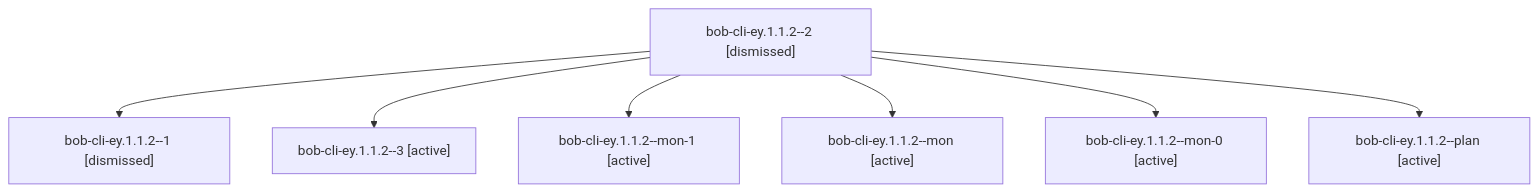
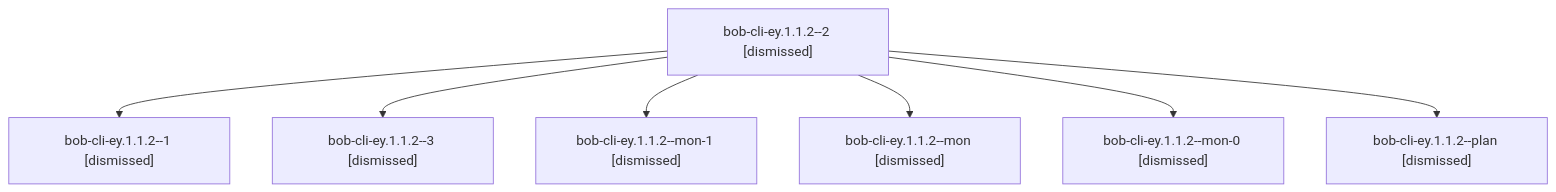
One commit to bobs-org/bob-cli--agents changed the diagram in sessions/bbugyi200.apollo.bob-cli-ey.1.1.2.md. Above: the diagram before and after it, drawn with Mermaid. The commit also changed other lines of this file and 240 other files, not shown here.

````diff
--- a/sessions/bbugyi200.apollo.bob-cli-ey.1.1.2.md
+++ b/sessions/bbugyi200.apollo.bob-cli-ey.1.1.2.md
@@ -9,16 +9,16 @@
 ```mermaid
 flowchart TD
   n0["bob-cli-ey.1.1.2--2 [dismissed]"]
   n1["bob-cli-ey.1.1.2--1 [dismissed]"]
   n0 --> n1
-  n2["bob-cli-ey.1.1.2--3 [active]"]
+  n2["bob-cli-ey.1.1.2--3 [dismissed]"]
   n0 --> n2
-  n3["bob-cli-ey.1.1.2--mon-1 [active]"]
+  n3["bob-cli-ey.1.1.2--mon-1 [dismissed]"]
   n0 --> n3
-  n4["bob-cli-ey.1.1.2--mon [active]"]
+  n4["bob-cli-ey.1.1.2--mon [dismissed]"]
   n0 --> n4
-  n5["bob-cli-ey.1.1.2--mon-0 [active]"]
+  n5["bob-cli-ey.1.1.2--mon-0 [dismissed]"]
   n0 --> n5
-  n6["bob-cli-ey.1.1.2--plan [active]"]
+  n6["bob-cli-ey.1.1.2--plan [dismissed]"]
   n0 --> n6
 ```
````
